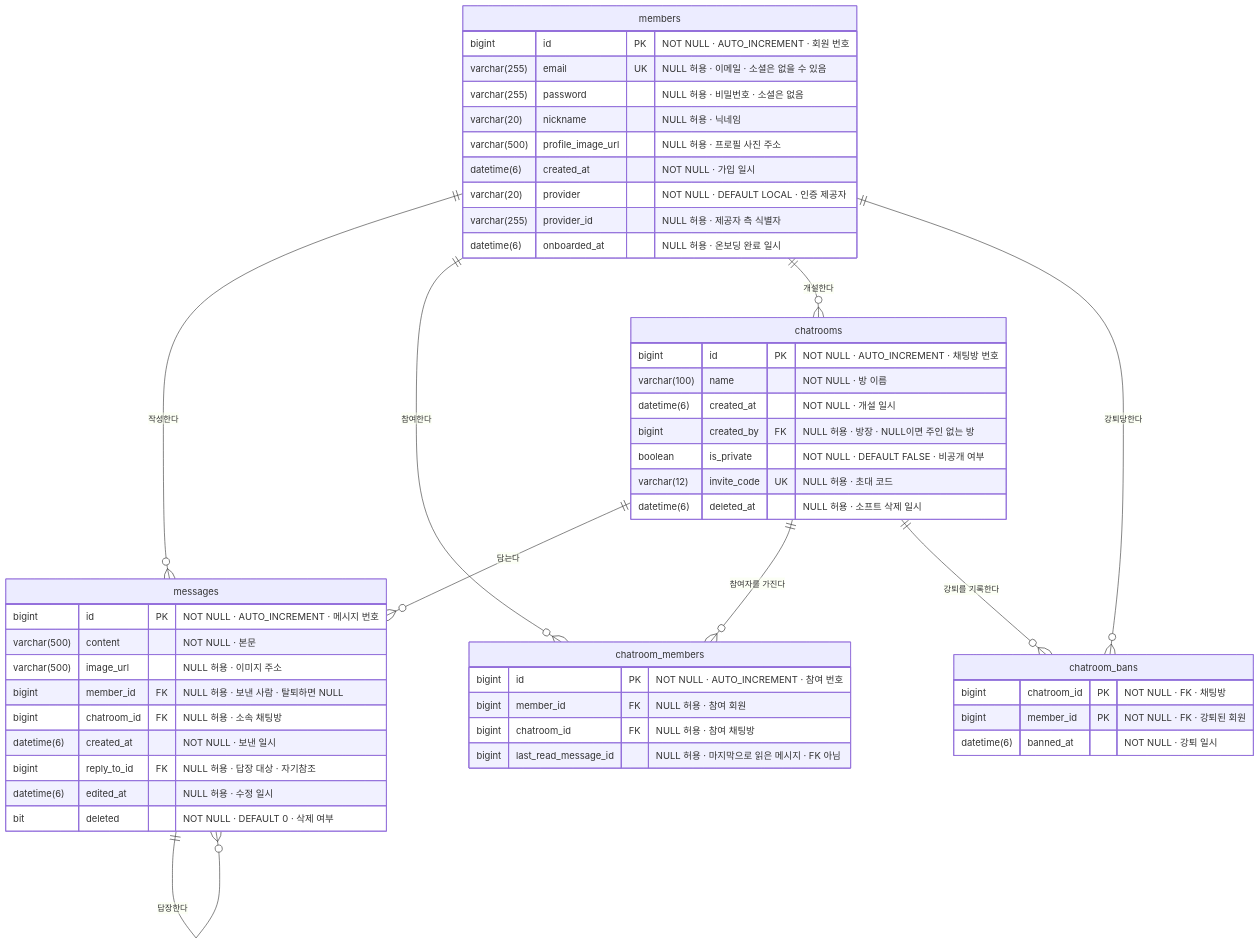
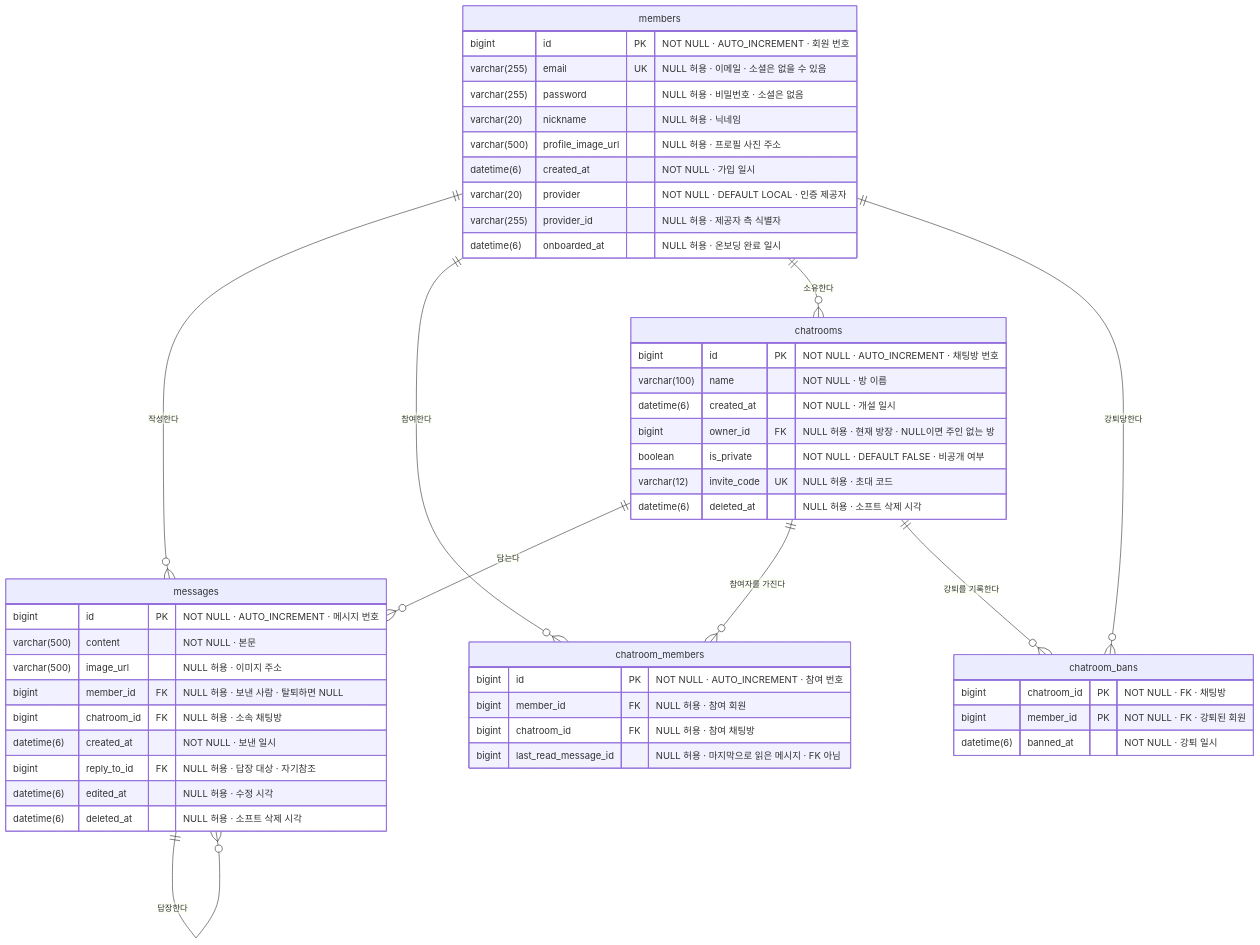
The second of 2 diagrams in README.md (storyrago/Sage), drawn with Mermaid before and after one commit. The commit also changed other lines of this file, not shown here.

Commit message:
docs: ERD를 V9 스키마에 맞춘다

````diff
--- a/README.md
+++ b/README.md
@@ -87,58 +87,58 @@
 ```mermaid
 erDiagram
     members ||--o{ messages : "작성한다"
     members ||--o{ chatroom_members : "참여한다"
-    members ||--o{ chatrooms : "개설한다"
+    members ||--o{ chatrooms : "소유한다"
     members ||--o{ chatroom_bans : "강퇴당한다"
     chatrooms ||--o{ messages : "담는다"
     chatrooms ||--o{ chatroom_members : "참여자를 가진다"
     chatrooms ||--o{ chatroom_bans : "강퇴를 기록한다"
     messages ||--o{ messages : "답장한다"
 
     members {
         bigint id PK "NOT NULL · AUTO_INCREMENT · 회원 번호"
         varchar(255) email UK "NULL 허용 · 이메일 · 소셜은 없을 수 있음"
         varchar(255) password "NULL 허용 · 비밀번호 · 소셜은 없음"
         varchar(20) nickname "NULL 허용 · 닉네임"
         varchar(500) profile_image_url "NULL 허용 · 프로필 사진 주소"
         datetime(6) created_at "NOT NULL · 가입 일시"
         varchar(20) provider "NOT NULL · DEFAULT LOCAL · 인증 제공자"
         varchar(255) provider_id "NULL 허용 · 제공자 측 식별자"
         datetime(6) onboarded_at "NULL 허용 · 온보딩 완료 일시"
     }
 
     chatrooms {
         bigint id PK "NOT NULL · AUTO_INCREMENT · 채팅방 번호"
         varchar(100) name "NOT NULL · 방 이름"
         datetime(6) created_at "NOT NULL · 개설 일시"
-        bigint created_by FK "NULL 허용 · 방장 · NULL이면 주인 없는 방"
+        bigint owner_id FK "NULL 허용 · 현재 방장 · NULL이면 주인 없는 방"
         boolean is_private "NOT NULL · DEFAULT FALSE · 비공개 여부"
         varchar(12) invite_code UK "NULL 허용 · 초대 코드"
-        datetime(6) deleted_at "NULL 허용 · 소프트 삭제 일시"
+        datetime(6) deleted_at "NULL 허용 · 소프트 삭제 시각"
     }
 
     messages {
         bigint id PK "NOT NULL · AUTO_INCREMENT · 메시지 번호"
         varchar(500) content "NOT NULL · 본문"
         varchar(500) image_url "NULL 허용 · 이미지 주소"
         bigint member_id FK "NULL 허용 · 보낸 사람 · 탈퇴하면 NULL"
         bigint chatroom_id FK "NULL 허용 · 소속 채팅방"
         datetime(6) created_at "NOT NULL · 보낸 일시"
         bigint reply_to_id FK "NULL 허용 · 답장 대상 · 자기참조"
-        datetime(6) edited_at "NULL 허용 · 수정 일시"
-        bit deleted "NOT NULL · DEFAULT 0 · 삭제 여부"
+        datetime(6) edited_at "NULL 허용 · 수정 시각"
+        datetime(6) deleted_at "NULL 허용 · 소프트 삭제 시각"
     }
 
     chatroom_members {
         bigint id PK "NOT NULL · AUTO_INCREMENT · 참여 번호"
         bigint member_id FK "NULL 허용 · 참여 회원"
         bigint chatroom_id FK "NULL 허용 · 참여 채팅방"
         bigint last_read_message_id "NULL 허용 · 마지막으로 읽은 메시지 · FK 아님"
     }
 
     chatroom_bans {
         bigint chatroom_id PK "NOT NULL · FK · 채팅방"
         bigint member_id PK "NOT NULL · FK · 강퇴된 회원"
         datetime(6) banned_at "NOT NULL · 강퇴 일시"
     }
 ```
````
